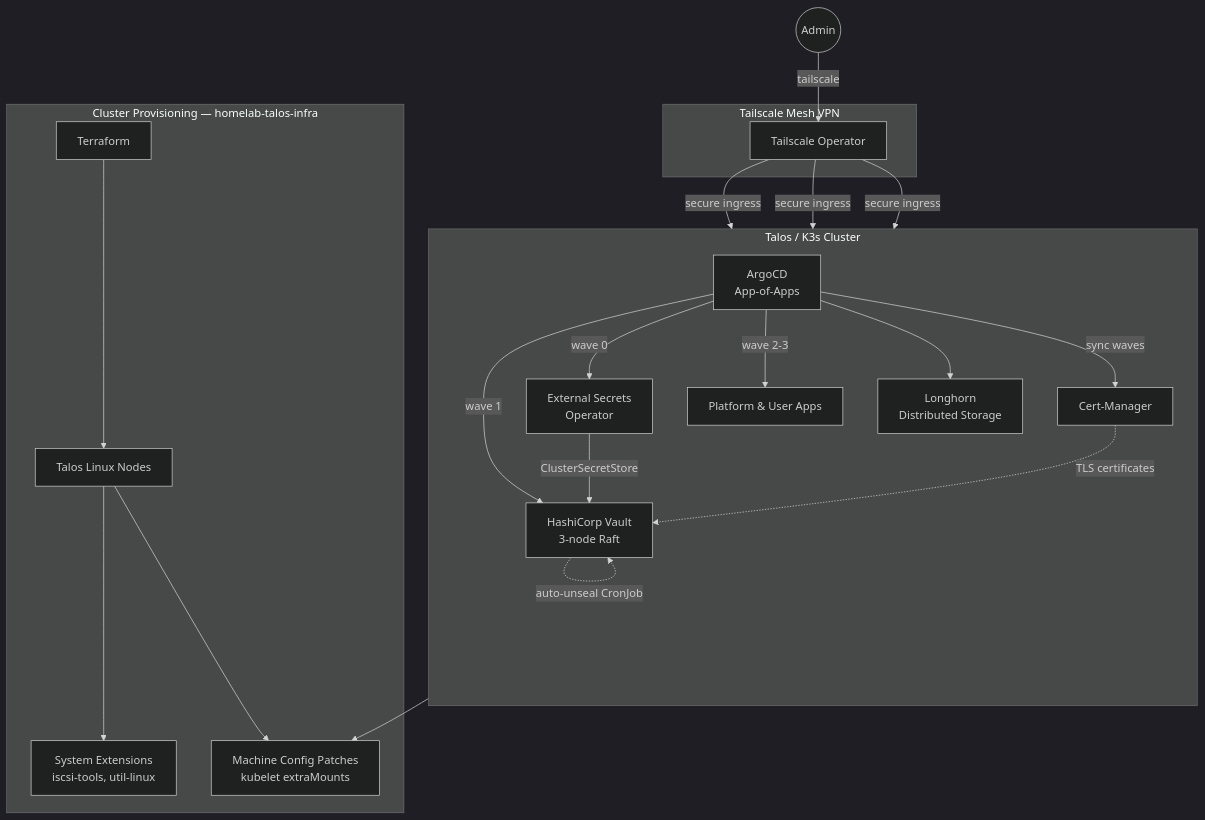
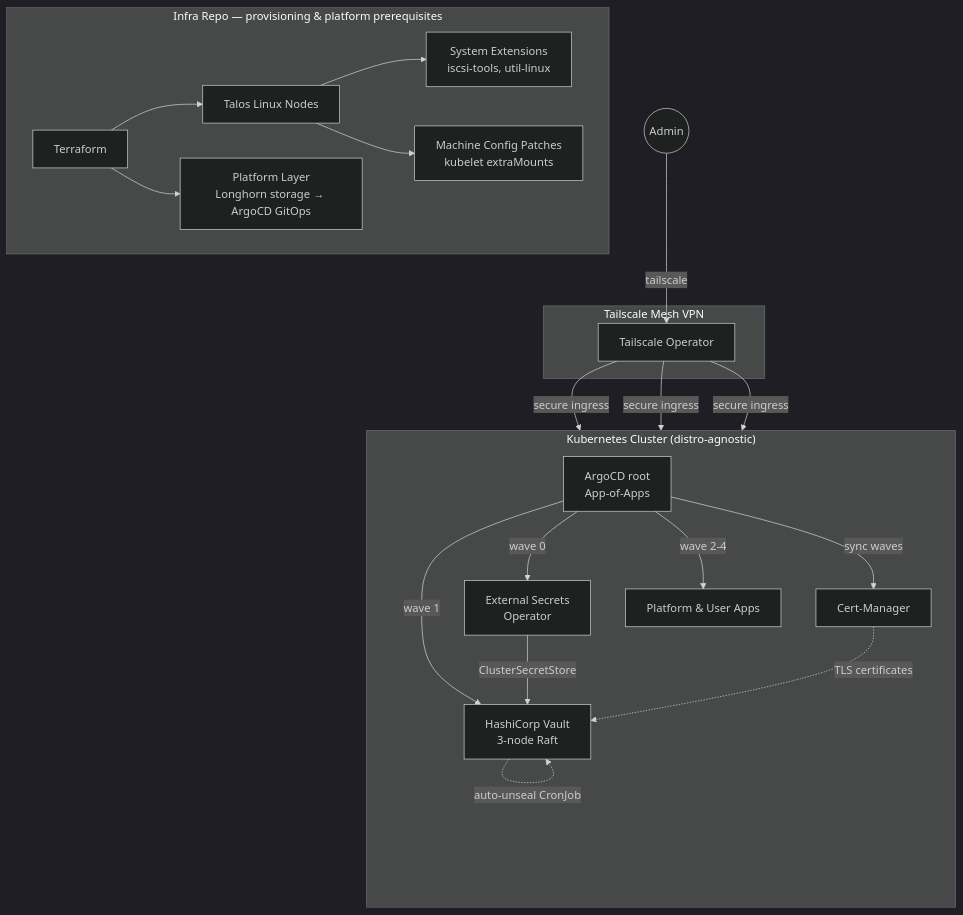
One commit to Seom88/secured-gitops-tailscale-homelab changed the diagram in README.md. Above: the diagram before and after it, drawn with Mermaid (dark theme). The commit also changed other lines of this file and 15 other files, not shown here.

First line of the commit message:
Refactor GitOps bootstrap process: Move ArgoCD and Longhorn installation to infra repo

````diff
--- a/README.md
+++ b/README.md
@@ -22,42 +22,41 @@
 ```mermaid
 graph TD
-    subgraph "Cluster Provisioning — homelab-talos-infra"
+    subgraph "Infra Repo — provisioning & platform prerequisites"
         TF[Terraform]
         TALOS[Talos Linux Nodes]
         EXT[System Extensions<br/>iscsi-tools, util-linux]
         PATCH[Machine Config Patches<br/>kubelet extraMounts]
+        PLATFORM[Platform Layer<br/>Longhorn storage → ArgoCD GitOps]
         TF --> TALOS
         TALOS --> EXT
         TALOS --> PATCH
+        TF --> PLATFORM
     end
 
     subgraph "Tailscale Mesh VPN"
         TS[Tailscale Operator]
     end
 
-    subgraph "Talos / K3s Cluster"
+    subgraph "Kubernetes Cluster (distro-agnostic)"
         direction TB
-        Argo[ArgoCD<br/>App-of-Apps]
+        ROOT[ArgoCD root<br/>App-of-Apps]
         Vault[HashiCorp Vault<br/>3-node Raft]
         ESO[External Secrets<br/>Operator]
         Cert[Cert-Manager]
         Apps[Platform & User Apps]
-        LH[Longhorn<br/>Distributed Storage]
 
-        Argo -->|sync waves| Cert
-        Argo -->|wave 0| ESO
-        Argo -->|wave 1| Vault
-        Argo -->|wave 2-3| Apps
-        Argo --> LH
+        ROOT -->|sync waves| Cert
+        ROOT -->|wave 0| ESO
+        ROOT -->|wave 1| Vault
+        ROOT -->|wave 2-4| Apps
     end
 
     User((Admin)) -->|tailscale| TS
-    TS -->|secure ingress| Argo
+    TS -->|secure ingress| ROOT
     TS -->|secure ingress| Vault
     TS -->|secure ingress| Apps
 
     ESO -->|ClusterSecretStore| Vault
     Vault -.->|auto-unseal CronJob| Vault
     Cert -.->|TLS certificates| Vault
-    LH --> PATCH
 ```
````
